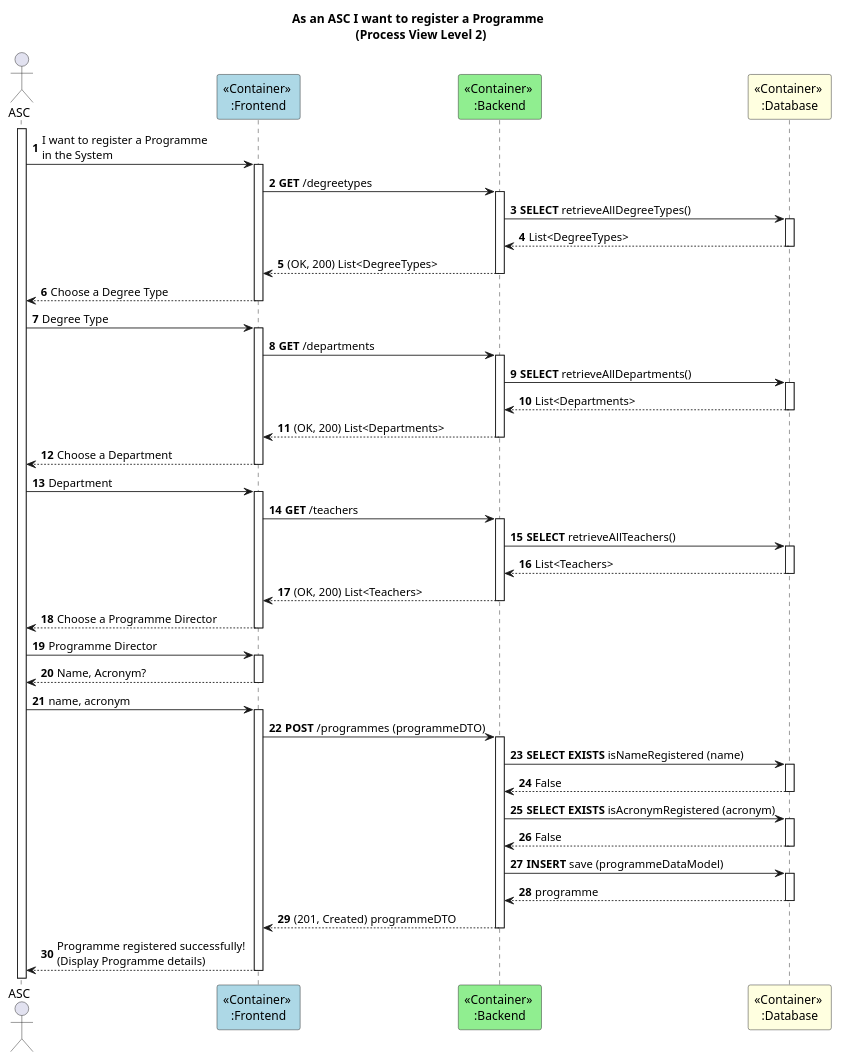
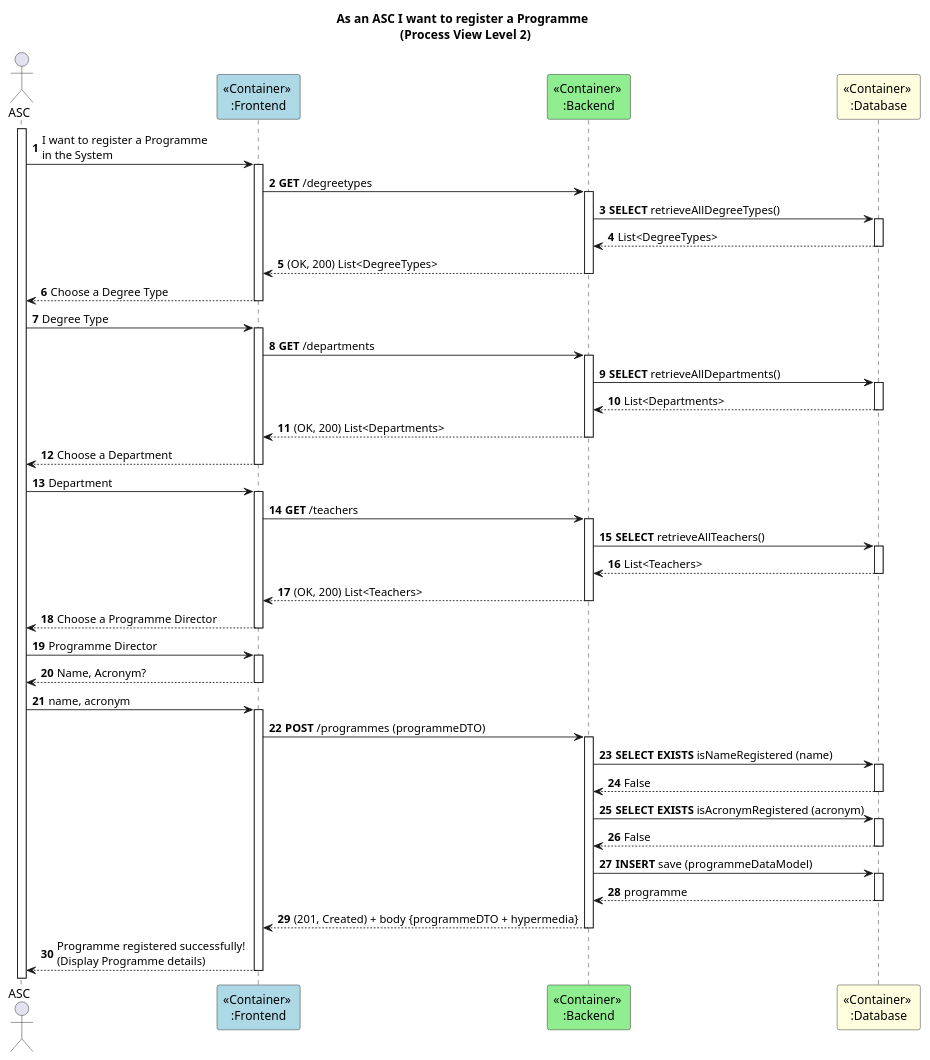
One commit to GasparISEP/DevOps-PAI changed the diagram in docs/US31/ProcessView/Level2.puml. Above: the diagram before and after it, drawn with PlantUML. The commit also changed 3 other files, not shown here.

Commit message:
Ref #653: Refactor diagrams of RegisterAProgrammeInTheSystem funcionality to reflect inclusion of HATEOAS Assembler in Programme Registration flow

```diff
--- a/docs/US31/ProcessView/Level2.puml
+++ b/docs/US31/ProcessView/Level2.puml
@@ -1,47 +1,47 @@
 @startuml
 
 autonumber
 
 title As an ASC I want to register a Programme \n (Process View Level 2)
 
 actor ASC as Admin
 participant "<<Container>> \n:Frontend" as FE #lightblue
 participant "<<Container>> \n:Backend" as BE #lightgreen
 participant "<<Container>> \n:Database" as BD #lightyellow
 
 activate Admin
 Admin -> FE ++: I want to register a Programme \nin the System
 FE -> BE ++: **GET** /degreetypes
 BE -> BD ++: **SELECT** retrieveAllDegreeTypes()
 BD --> BE --: List<DegreeTypes>
 BE --> FE --: (OK, 200) List<DegreeTypes>
 FE --> Admin --: Choose a Degree Type
 Admin -> FE ++: Degree Type
 
 FE -> BE ++: **GET** /departments
 BE -> BD ++: **SELECT** retrieveAllDepartments()
 BD --> BE --: List<Departments>
 BE --> FE --: (OK, 200) List<Departments>
 FE --> Admin --: Choose a Department
 Admin -> FE ++: Department
 
 FE -> BE ++: **GET** /teachers
 BE -> BD ++: **SELECT** retrieveAllTeachers()
 BD --> BE --: List<Teachers>
 BE --> FE --: (OK, 200) List<Teachers>
 FE --> Admin --: Choose a Programme Director
 Admin -> FE ++: Programme Director
 
 FE --> Admin --: Name, Acronym?
 Admin -> FE ++: name, acronym
 FE -> BE ++: **POST** /programmes (programmeDTO)
 BE -> BD ++: **SELECT EXISTS** isNameRegistered (name)
 BD --> BE --: False
 BE -> BD ++: **SELECT EXISTS** isAcronymRegistered (acronym)
 BD --> BE --: False
 BE -> BD ++: **INSERT** save (programmeDataModel)
 BD --> BE --: programme
-BE --> FE --: (201, Created) programmeDTO
+BE --> FE --: (201, Created) + body {programmeDTO + hypermedia}
 FE --> Admin --: Programme registered successfully! \n(Display Programme details)
 
 @enduml
```
